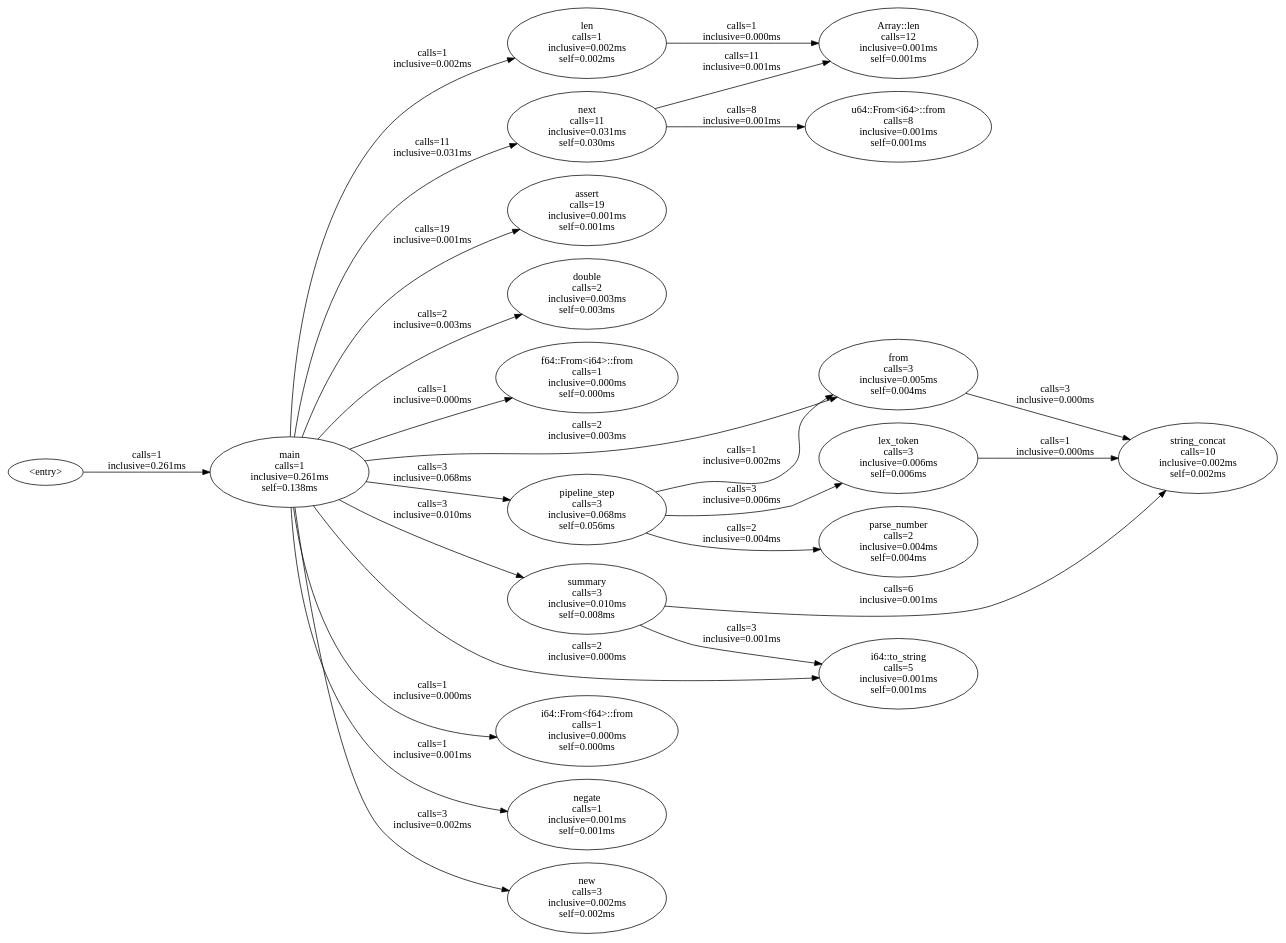
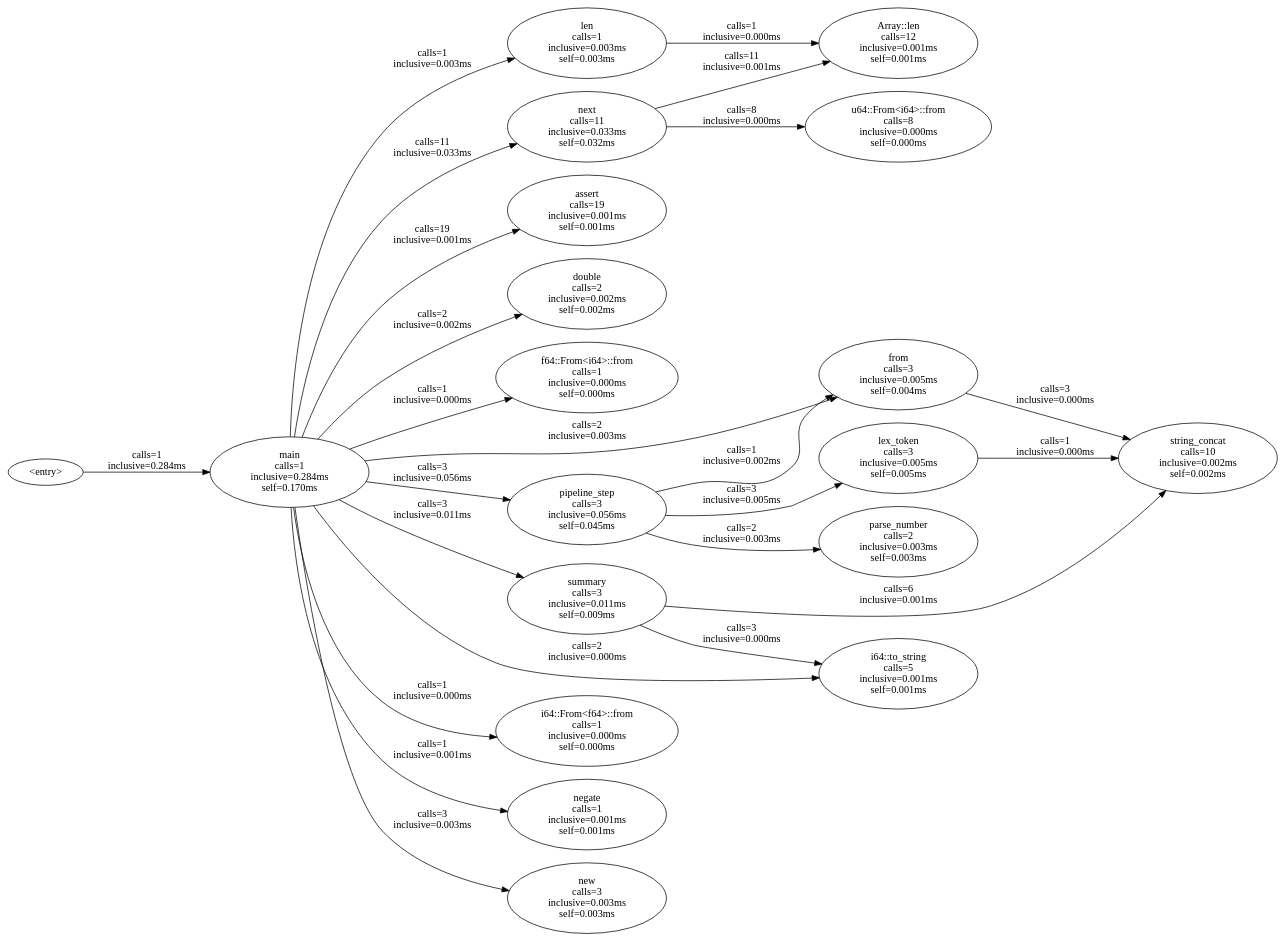
One commit to gust-lang/gust changed the diagram in metel-interpreter/docs/benchmarks/v0.8.2-evaluator-integration/int_04_pipeline.mtl.callgraph.dot. Above: the diagram before and after it, drawn with Graphviz. The commit also changed 30 other files, not shown here.

```diff
--- a/metel-interpreter/docs/benchmarks/v0.8.2-evaluator-integration/int_04_pipeline.mtl.callgraph.dot
+++ b/metel-interpreter/docs/benchmarks/v0.8.2-evaluator-integration/int_04_pipeline.mtl.callgraph.dot
@@ -1,44 +1,44 @@
 digraph metel_callgraph {
   rankdir=LR;
   "Array::len" [label="Array::len\ncalls=12\ninclusive=0.001ms\nself=0.001ms"];
   "assert" [label="assert\ncalls=19\ninclusive=0.001ms\nself=0.001ms"];
-  "double" [label="double\ncalls=2\ninclusive=0.003ms\nself=0.003ms"];
+  "double" [label="double\ncalls=2\ninclusive=0.002ms\nself=0.002ms"];
   "f64::From<i64>::from" [label="f64::From<i64>::from\ncalls=1\ninclusive=0.000ms\nself=0.000ms"];
   "from" [label="from\ncalls=3\ninclusive=0.005ms\nself=0.004ms"];
   "i64::From<f64>::from" [label="i64::From<f64>::from\ncalls=1\ninclusive=0.000ms\nself=0.000ms"];
   "i64::to_string" [label="i64::to_string\ncalls=5\ninclusive=0.001ms\nself=0.001ms"];
-  "len" [label="len\ncalls=1\ninclusive=0.002ms\nself=0.002ms"];
-  "lex_token" [label="lex_token\ncalls=3\ninclusive=0.006ms\nself=0.006ms"];
-  "main" [label="main\ncalls=1\ninclusive=0.261ms\nself=0.138ms"];
+  "len" [label="len\ncalls=1\ninclusive=0.003ms\nself=0.003ms"];
+  "lex_token" [label="lex_token\ncalls=3\ninclusive=0.005ms\nself=0.005ms"];
+  "main" [label="main\ncalls=1\ninclusive=0.284ms\nself=0.170ms"];
   "negate" [label="negate\ncalls=1\ninclusive=0.001ms\nself=0.001ms"];
-  "new" [label="new\ncalls=3\ninclusive=0.002ms\nself=0.002ms"];
-  "next" [label="next\ncalls=11\ninclusive=0.031ms\nself=0.030ms"];
-  "parse_number" [label="parse_number\ncalls=2\ninclusive=0.004ms\nself=0.004ms"];
-  "pipeline_step" [label="pipeline_step\ncalls=3\ninclusive=0.068ms\nself=0.056ms"];
+  "new" [label="new\ncalls=3\ninclusive=0.003ms\nself=0.003ms"];
+  "next" [label="next\ncalls=11\ninclusive=0.033ms\nself=0.032ms"];
+  "parse_number" [label="parse_number\ncalls=2\ninclusive=0.003ms\nself=0.003ms"];
+  "pipeline_step" [label="pipeline_step\ncalls=3\ninclusive=0.056ms\nself=0.045ms"];
   "string_concat" [label="string_concat\ncalls=10\ninclusive=0.002ms\nself=0.002ms"];
-  "summary" [label="summary\ncalls=3\ninclusive=0.010ms\nself=0.008ms"];
-  "u64::From<i64>::from" [label="u64::From<i64>::from\ncalls=8\ninclusive=0.001ms\nself=0.001ms"];
-  "<entry>" -> "main" [label="calls=1\ninclusive=0.261ms"];
+  "summary" [label="summary\ncalls=3\ninclusive=0.011ms\nself=0.009ms"];
+  "u64::From<i64>::from" [label="u64::From<i64>::from\ncalls=8\ninclusive=0.000ms\nself=0.000ms"];
+  "<entry>" -> "main" [label="calls=1\ninclusive=0.284ms"];
   "from" -> "string_concat" [label="calls=3\ninclusive=0.000ms"];
   "len" -> "Array::len" [label="calls=1\ninclusive=0.000ms"];
   "lex_token" -> "string_concat" [label="calls=1\ninclusive=0.000ms"];
   "main" -> "assert" [label="calls=19\ninclusive=0.001ms"];
-  "main" -> "double" [label="calls=2\ninclusive=0.003ms"];
+  "main" -> "double" [label="calls=2\ninclusive=0.002ms"];
   "main" -> "f64::From<i64>::from" [label="calls=1\ninclusive=0.000ms"];
   "main" -> "from" [label="calls=2\ninclusive=0.003ms"];
   "main" -> "i64::From<f64>::from" [label="calls=1\ninclusive=0.000ms"];
   "main" -> "i64::to_string" [label="calls=2\ninclusive=0.000ms"];
-  "main" -> "len" [label="calls=1\ninclusive=0.002ms"];
+  "main" -> "len" [label="calls=1\ninclusive=0.003ms"];
   "main" -> "negate" [label="calls=1\ninclusive=0.001ms"];
-  "main" -> "new" [label="calls=3\ninclusive=0.002ms"];
-  "main" -> "next" [label="calls=11\ninclusive=0.031ms"];
-  "main" -> "pipeline_step" [label="calls=3\ninclusive=0.068ms"];
-  "main" -> "summary" [label="calls=3\ninclusive=0.010ms"];
+  "main" -> "new" [label="calls=3\ninclusive=0.003ms"];
+  "main" -> "next" [label="calls=11\ninclusive=0.033ms"];
+  "main" -> "pipeline_step" [label="calls=3\ninclusive=0.056ms"];
+  "main" -> "summary" [label="calls=3\ninclusive=0.011ms"];
   "next" -> "Array::len" [label="calls=11\ninclusive=0.001ms"];
-  "next" -> "u64::From<i64>::from" [label="calls=8\ninclusive=0.001ms"];
+  "next" -> "u64::From<i64>::from" [label="calls=8\ninclusive=0.000ms"];
   "pipeline_step" -> "from" [label="calls=1\ninclusive=0.002ms"];
-  "pipeline_step" -> "lex_token" [label="calls=3\ninclusive=0.006ms"];
-  "pipeline_step" -> "parse_number" [label="calls=2\ninclusive=0.004ms"];
-  "summary" -> "i64::to_string" [label="calls=3\ninclusive=0.001ms"];
+  "pipeline_step" -> "lex_token" [label="calls=3\ninclusive=0.005ms"];
+  "pipeline_step" -> "parse_number" [label="calls=2\ninclusive=0.003ms"];
+  "summary" -> "i64::to_string" [label="calls=3\ninclusive=0.000ms"];
   "summary" -> "string_concat" [label="calls=6\ninclusive=0.001ms"];
 }
```
